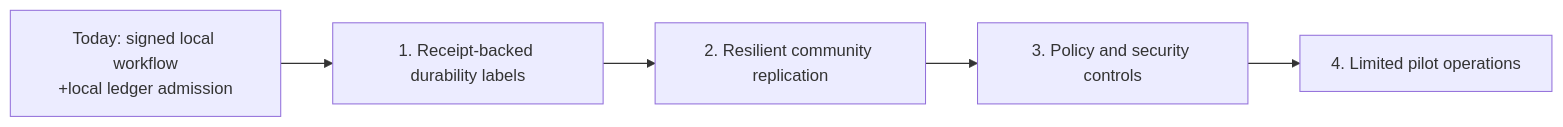
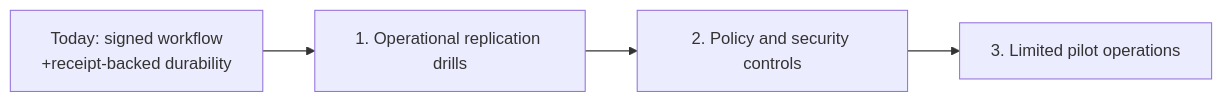
One commit to matthewlovestocode/peer-hours changed the first of 2 diagrams in docs/production-roadmap.md. Above: the diagram before and after it, drawn with Mermaid. The commit also changed other lines of this file and 8 other files, not shown here.

````diff
--- a/docs/production-roadmap.md
+++ b/docs/production-roadmap.md
@@ -9,7 +9,6 @@
 ```mermaid
 flowchart LR
-    A["Today: signed local workflow\n+local ledger admission"] --> B["1. Receipt-backed durability labels"]
-    B --> C["2. Resilient community replication"]
-    C --> D["3. Policy and security controls"]
-    D --> E["4. Limited pilot operations"]
+    A["Today: signed workflow\n+receipt-backed durability"] --> B["1. Operational replication drills"]
+    B --> C["2. Policy and security controls"]
+    C --> D["3. Limited pilot operations"]
 ```
````
